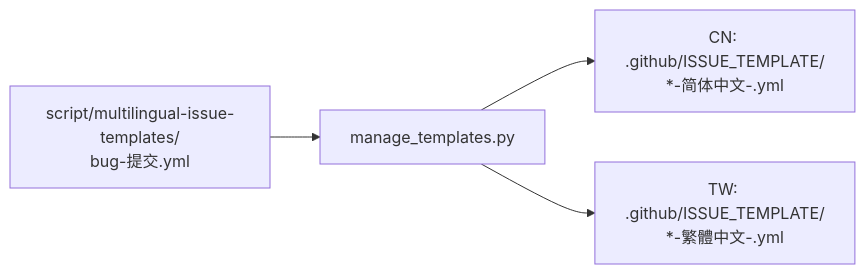
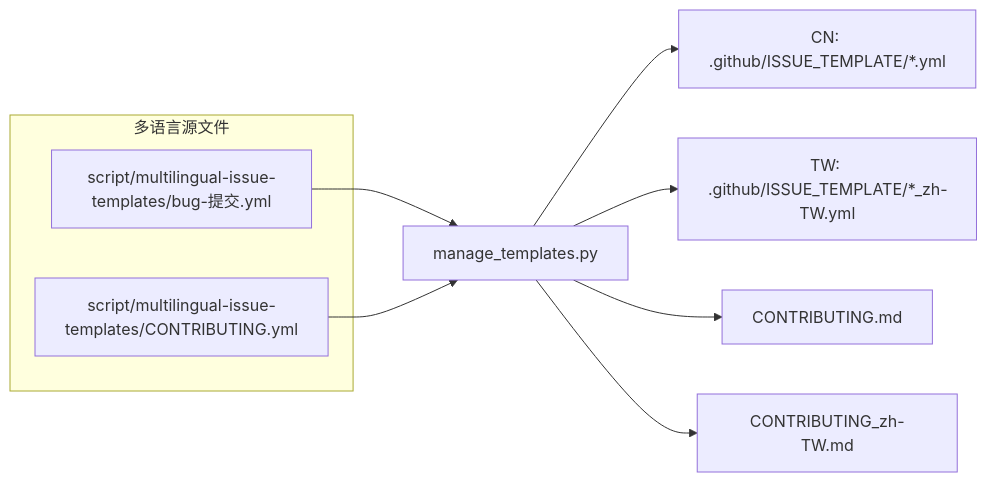
One commit to maboloshi/github-chinese changed the diagram in CONTRIBUTING.md. Above: the diagram before and after it, drawn with Mermaid. The commit also changed other lines of this file and 11 other files, not shown here.

````diff
--- a/CONTRIBUTING.md
+++ b/CONTRIBUTING.md
@@ -25,6 +59,13 @@
 ```mermaid
 flowchart LR
-    A["script/multilingual-issue-templates/<br>bug-提交.yml"] --> B[manage_templates.py]
-    B --> C["CN: .github/ISSUE_TEMPLATE/<br>*-简体中文-.yml"]
-    B --> D["TW: .github/ISSUE_TEMPLATE/<br>*-繁體中文-.yml"]
+    subgraph Sources["多语言源文件"]
+        S1["script/multilingual-issue-templates/bug-提交.yml"]
+        S2["script/multilingual-issue-templates/CONTRIBUTING.yml"]
+    end
+    S1 --> B[manage_templates.py]
+    S2 --> B
+    B --> C["CN: .github/ISSUE_TEMPLATE/*.yml"]
+    B --> D["TW: .github/ISSUE_TEMPLATE/*_zh-TW.yml"]
+    B --> E["CONTRIBUTING.md"]
+    B --> F["CONTRIBUTING_zh-TW.md"]
 ```
````
